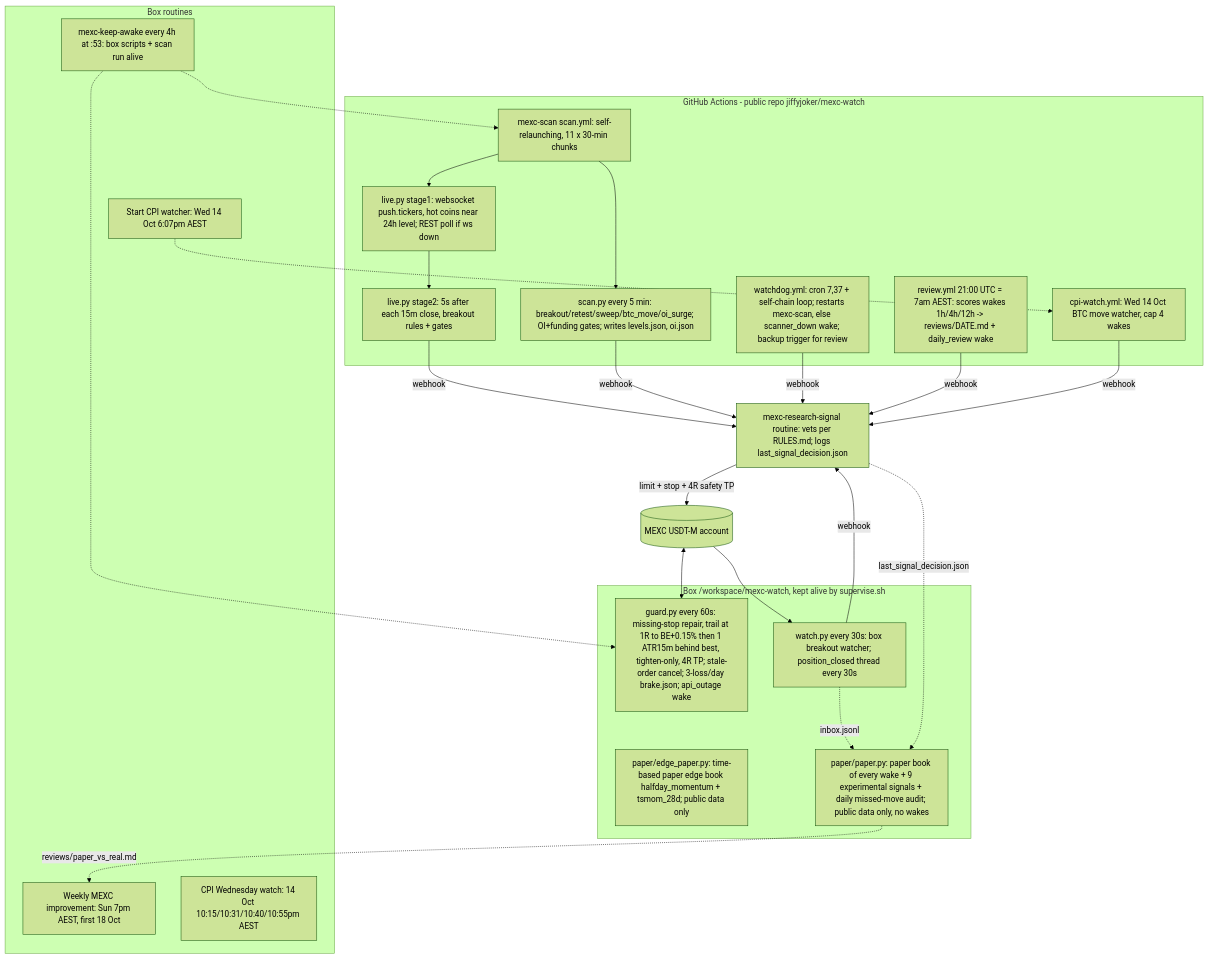
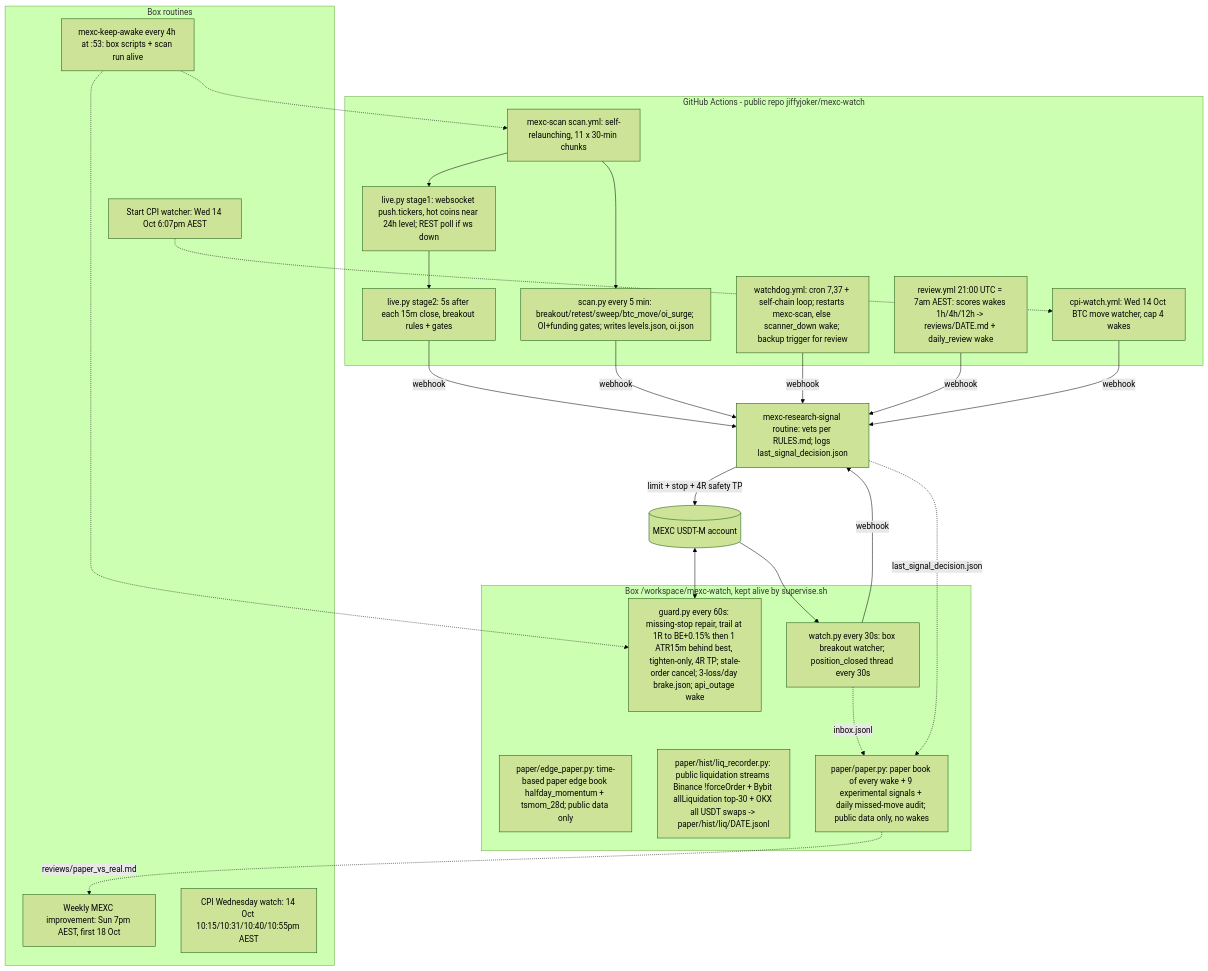
One commit to jiffyjoker/mexc-watch changed the diagram in SYSTEM_MAP.md. Above: the diagram before and after it, drawn with Mermaid (forest theme). The commit also changed other lines of this file and 6 other files, not shown here.

Commit message:
Multi-year free-data backtest, liquidation recorder, history fetchers

````diff
--- a/SYSTEM_MAP.md
+++ b/SYSTEM_MAP.md
@@ -5,40 +5,41 @@
 ```mermaid
 flowchart TD
   subgraph GH[GitHub Actions - public repo jiffyjoker/mexc-watch]
     SCAN[mexc-scan scan.yml: self-relaunching, 11 x 30-min chunks]
     WS[live.py stage1: websocket push.tickers, hot coins near 24h level; REST poll if ws down]
     S2[live.py stage2: 5s after each 15m close, breakout rules + gates]
     REST[scan.py every 5 min: breakout/retest/sweep/btc_move/oi_surge; OI+funding gates; writes levels.json, oi.json]
     WD[watchdog.yml: cron 7,37 + self-chain loop; restarts mexc-scan, else scanner_down wake; backup trigger for review]
     RV[review.yml 21:00 UTC = 7am AEST: scores wakes 1h/4h/12h -> reviews/DATE.md + daily_review wake]
     CPI[cpi-watch.yml: Wed 14 Oct BTC move watcher, cap 4 wakes]
     SCAN --> WS --> S2
     SCAN --> REST
   end
   S2 -->|webhook| R[mexc-research-signal routine: vets per RULES.md; logs last_signal_decision.json]
   REST -->|webhook| R
   WD -->|webhook| R
   RV -->|webhook| R
   CPI -->|webhook| R
   R -->|limit + stop + 4R safety TP| MEXC[(MEXC USDT-M account)]
   subgraph BOX[Box /workspace/mexc-watch, kept alive by supervise.sh]
     G[guard.py every 60s: missing-stop repair, trail at 1R to BE+0.15% then 1 ATR15m behind best, tighten-only, 4R TP; stale-order cancel; 3-loss/day brake.json; api_outage wake]
     W[watch.py every 30s: box breakout watcher; position_closed thread every 30s]
     EP[paper/edge_paper.py: time-based paper edge book halfday_momentum + tsmom_28d; public data only]
+    LQ[paper/hist/liq_recorder.py: public liquidation streams Binance !forceOrder + Bybit allLiquidation top-30 + OKX all USDT swaps -> paper/hist/liq/DATE.jsonl]
     PB[paper/paper.py: paper book of every wake + 9 experimental signals + daily missed-move audit; public data only, no wakes]
   end
   MEXC <--> G
   MEXC --> W -->|webhook| R
   W -.->|inbox.jsonl| PB
   R -.->|last_signal_decision.json| PB
   PB -.->|reviews/paper_vs_real.md| WK
   subgraph RT[Box routines]
     KA[mexc-keep-awake every 4h at :53: box scripts + scan run alive]
     CW[CPI Wednesday watch: 14 Oct 10:15/10:31/10:40/10:55pm AEST]
     SC[Start CPI watcher: Wed 14 Oct 6:07pm AEST]
     WK[Weekly MEXC improvement: Sun 7pm AEST, first 18 Oct]
   end
   KA -.-> SCAN
   KA -.-> G
   SC -.-> CPI
 ```
````
